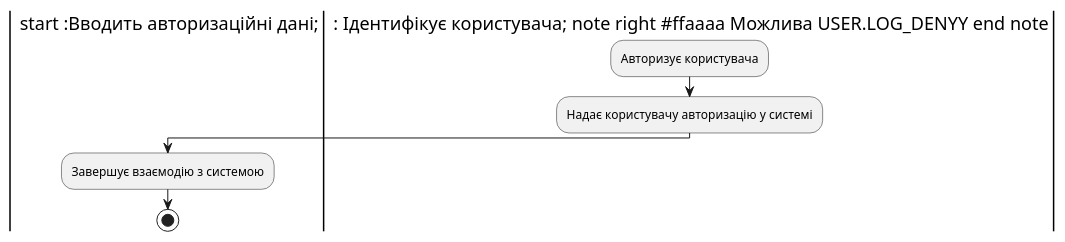
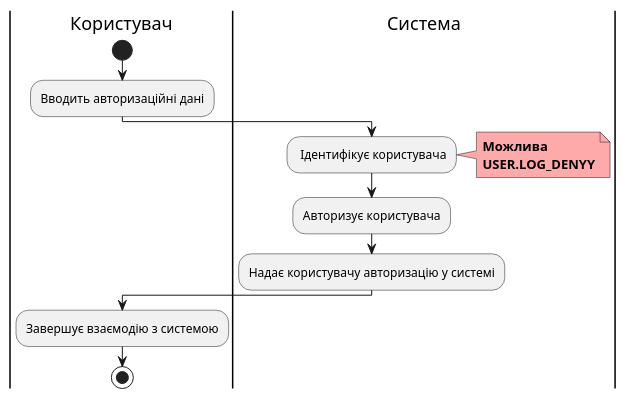
Before and after one commit to m1guelten/edu-db-cw: the sixth of 17 diagrams in docs/use cases/README.md, drawn with PlantUML. The commit also changed other lines of this file, not shown here.

```diff
--- a/docs/use cases/README.md
+++ b/docs/use cases/README.md
@@ -119,14 +167,23 @@
 @startuml
 
-|Користувач| start :Вводить авторизаційні дані;
+|Користувач|
+start
+:Вводить авторизаційні дані;
 
-|Система| : Ідентифікує користувача; note right #ffaaaa Можлива USER.LOG_DENYY end note
+|Система|
+: Ідентифікує користувача;
+note right #ffaaaa
+<b>Можлива</b>
+<b>USER.LOG_DENYY</b>
+end note
 
-:Авторизує користувача;
+    :Авторизує користувача;
 
-:Надає користувачу авторизацію у системі;
-|Користувач|
-:Завершує взаємодію з системою;
+    :Надає користувачу авторизацію у системі;
 
-stop;
+|Користувач|  
+ :Завершує взаємодію з системою;
+
+    stop;
+
 @enduml
```
